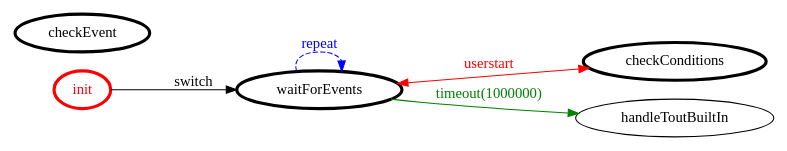
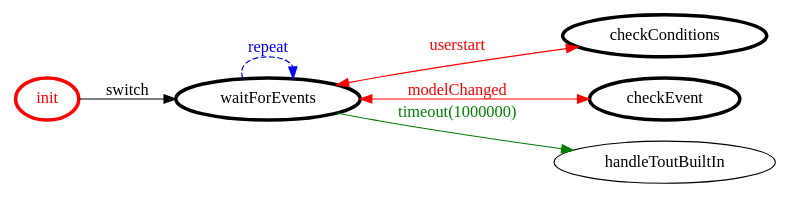
Before and after one commit to LucaBonfi95/ISSM_Tema_Finale_2018: the diagram in src/sprint6/impl/it.unibo.finaltask2018.impl/srcMore/it/unibo/initial_conditions_checker/initial_conditions_checker.gv, drawn with Graphviz. The commit also changed 27 other files, not shown here.

```diff
--- a/src/sprint6/impl/it.unibo.finaltask2018.impl/srcMore/it/unibo/initial_conditions_checker/initial_conditions_checker.gv
+++ b/src/sprint6/impl/it.unibo.finaltask2018.impl/srcMore/it/unibo/initial_conditions_checker/initial_conditions_checker.gv
@@ -1,21 +1,22 @@
 /*
 *
 * A GraphViz DOT FSM description 
 * Please use a GraphViz visualizer (like http://www.webgraphviz.com)
 *  
 */
 
 digraph finite_state_machine {
 	rankdir=LR
 	size="8,5"
 	
 	init [ color = red ][ fontcolor = red ][ penwidth = 3 ]
 	waitForEvents [ color = black ][ fontcolor = black ][ penwidth = 3 ]
 	checkConditions [ color = black ][ fontcolor = black ][ penwidth = 3 ]
 	checkEvent [ color = black ][ fontcolor = black ][ penwidth = 3 ]
 	
 	waitForEvents -> checkConditions [ label = "userstart" ][ color = red ][ fontcolor = red ][ dir = both ]
 	init -> waitForEvents [ label = "switch" ][ color = black ][ fontcolor = black ]
 	waitForEvents -> handleToutBuiltIn [ label = "timeout(1000000)" ][ color = green ][ fontcolor = green ]
+	waitForEvents -> checkEvent [ label = "modelChanged" ][ color = red ][ fontcolor = red ][ dir = both ]
 	waitForEvents -> waitForEvents [ label = "repeat "][ style = dashed ][ color = blue ][ fontcolor = blue ]
 }
```
